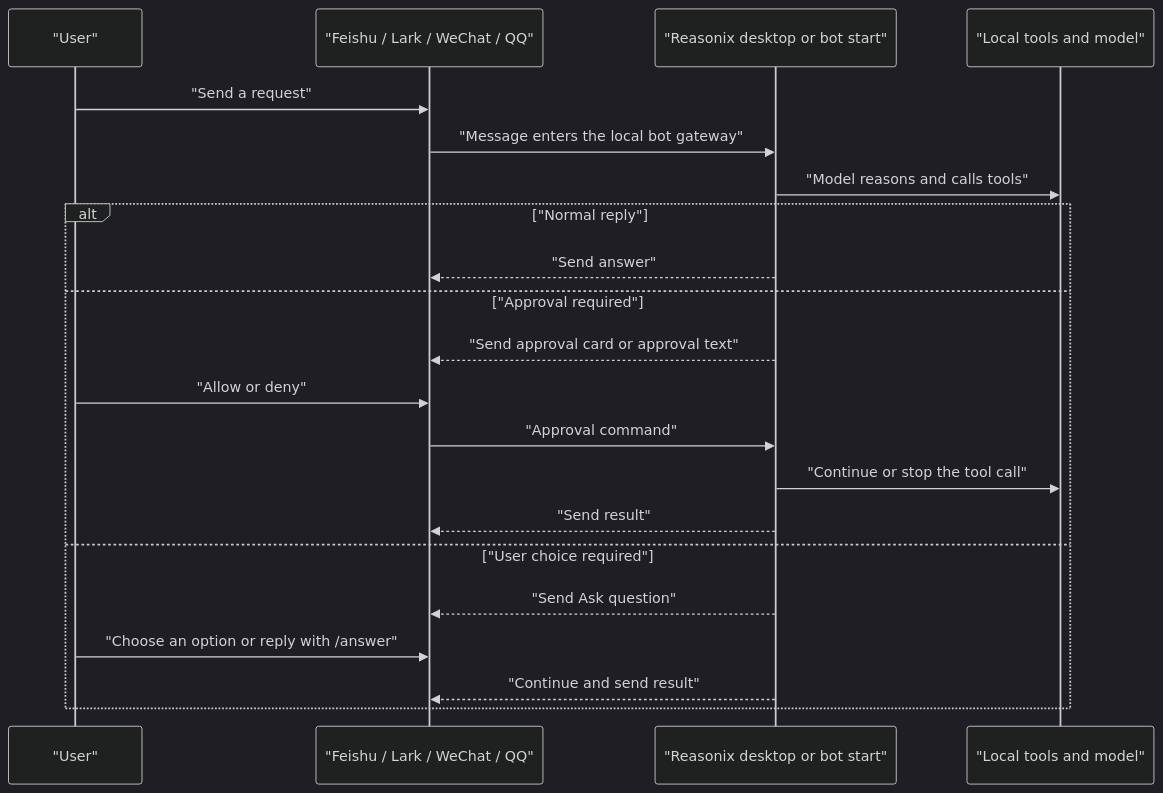
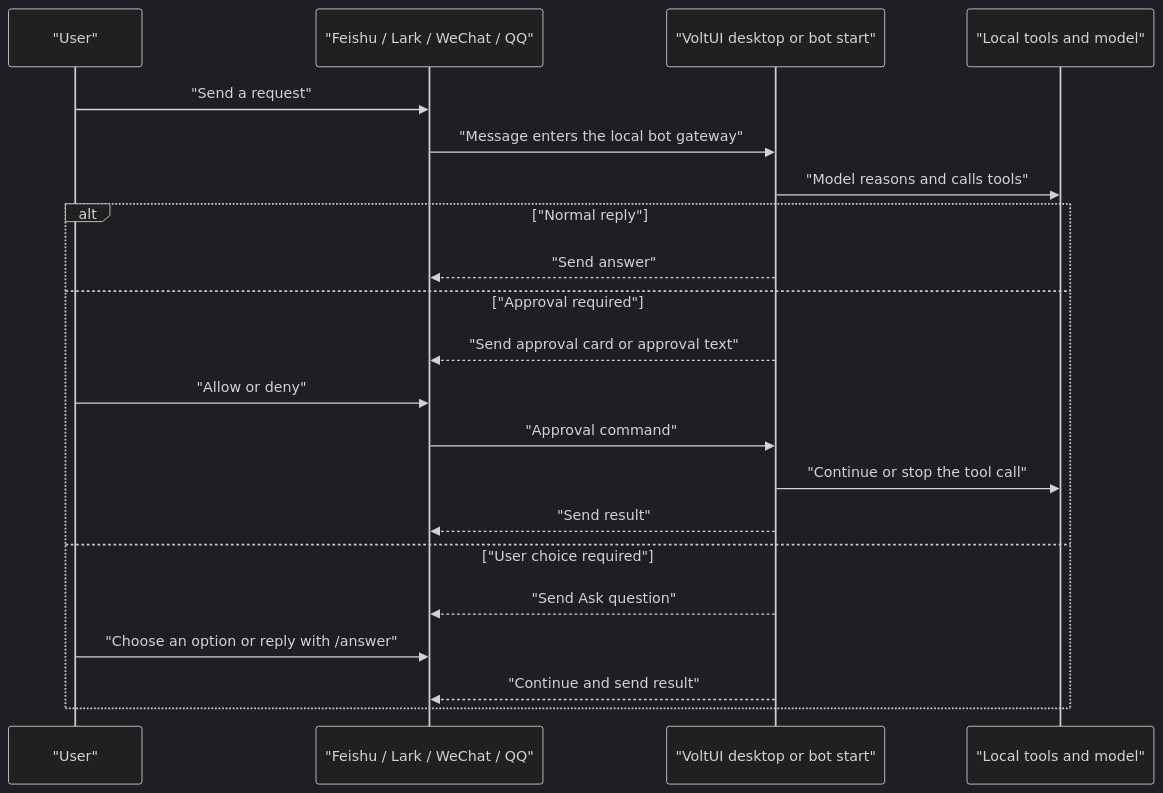
One commit to zuohuadong/volt-gui changed the second of 3 diagrams in docs/BOT_GUIDE.md. Above: the diagram before and after it, drawn with Mermaid (dark theme). The commit also changed other lines of this file and 54 other files, not shown here.

First line of the commit message:
refactor(brand): rename Reasonix to VoltUI across CLI, desktop, and docs

````diff
--- a/docs/BOT_GUIDE.md
+++ b/docs/BOT_GUIDE.md
@@ -265,24 +265,24 @@
 ```mermaid
 sequenceDiagram
   participant U as "User"
   participant IM as "Feishu / Lark / WeChat / QQ"
-  participant R as "Reasonix desktop or bot start"
+  participant R as "VoltUI desktop or bot start"
   participant T as "Local tools and model"
 
   U->>IM: "Send a request"
   IM->>R: "Message enters the local bot gateway"
   R->>T: "Model reasons and calls tools"
   alt "Normal reply"
     R-->>IM: "Send answer"
   else "Approval required"
     R-->>IM: "Send approval card or approval text"
     U->>IM: "Allow or deny"
     IM->>R: "Approval command"
     R->>T: "Continue or stop the tool call"
     R-->>IM: "Send result"
   else "User choice required"
     R-->>IM: "Send Ask question"
     U->>IM: "Choose an option or reply with /answer"
     R-->>IM: "Continue and send result"
   end
 ```
````
